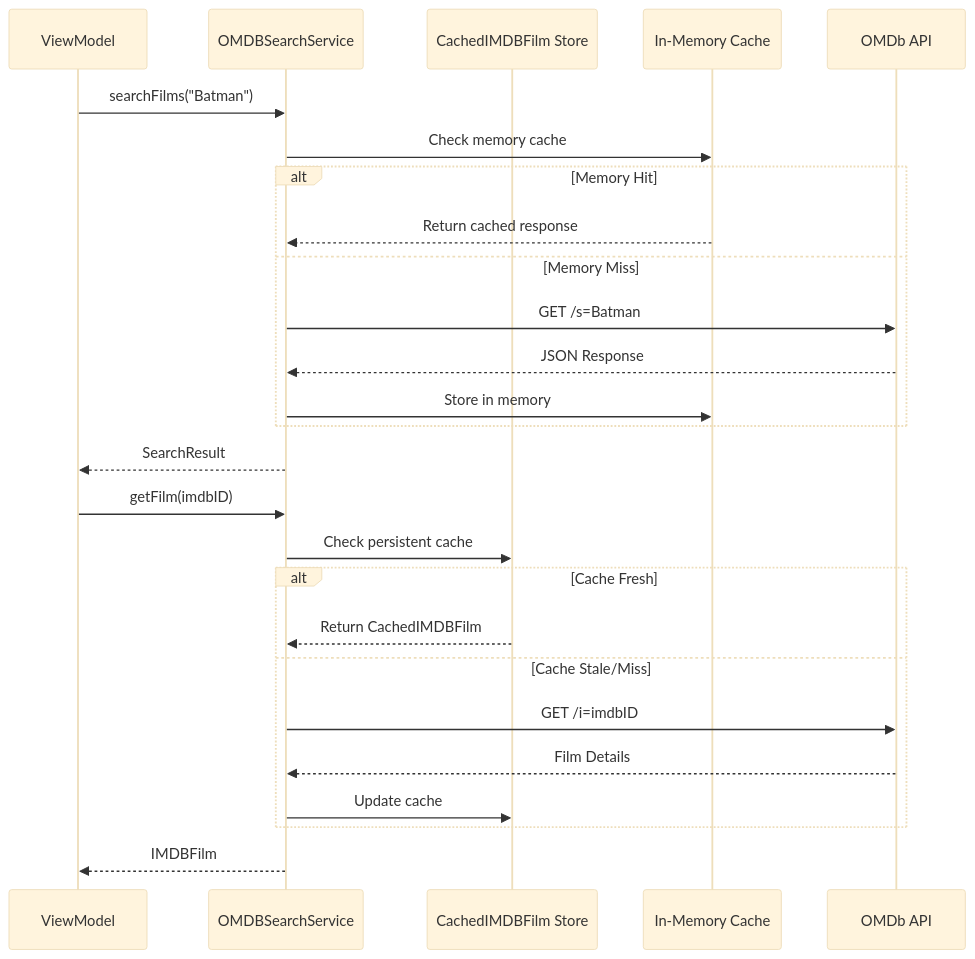
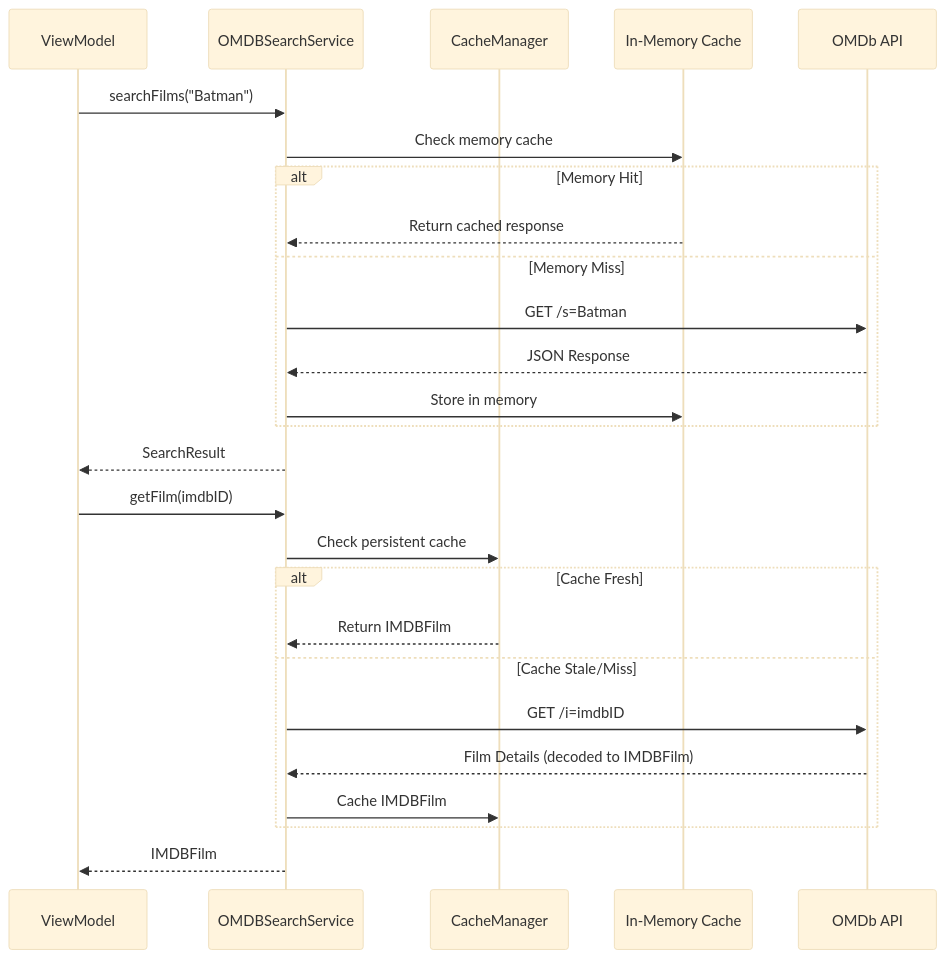
Before and after one commit to tillg/filmz2: the seventh of 11 diagrams in docs/ARCHITECTURE.md, drawn with Mermaid (base theme). The commit also changed other lines of this file and 13 other files, not shown here.

First line of the commit message:
refactor: consolidate IMDBFilm and CachedIMDBFilm models

````diff
--- a/docs/ARCHITECTURE.md
+++ b/docs/ARCHITECTURE.md
@@ -328,34 +338,34 @@
 ```mermaid
 sequenceDiagram
     participant VM as ViewModel
     participant OS as OMDBSearchService
-    participant Cache as CachedIMDBFilm Store
+    participant Cache as CacheManager
     participant Mem as In-Memory Cache
     participant API as OMDb API
 
     VM->>OS: searchFilms("Batman")
     OS->>Mem: Check memory cache
 
     alt Memory Hit
         Mem-->>OS: Return cached response
     else Memory Miss
         OS->>API: GET /s=Batman
         API-->>OS: JSON Response
         OS->>Mem: Store in memory
     end
 
     OS-->>VM: SearchResult
 
     VM->>OS: getFilm(imdbID)
     OS->>Cache: Check persistent cache
 
     alt Cache Fresh
-        Cache-->>OS: Return CachedIMDBFilm
+        Cache-->>OS: Return IMDBFilm
     else Cache Stale/Miss
         OS->>API: GET /i=imdbID
-        API-->>OS: Film Details
-        OS->>Cache: Update cache
+        API-->>OS: Film Details (decoded to IMDBFilm)
+        OS->>Cache: Cache IMDBFilm
     end
 
     OS-->>VM: IMDBFilm
 ```
````
